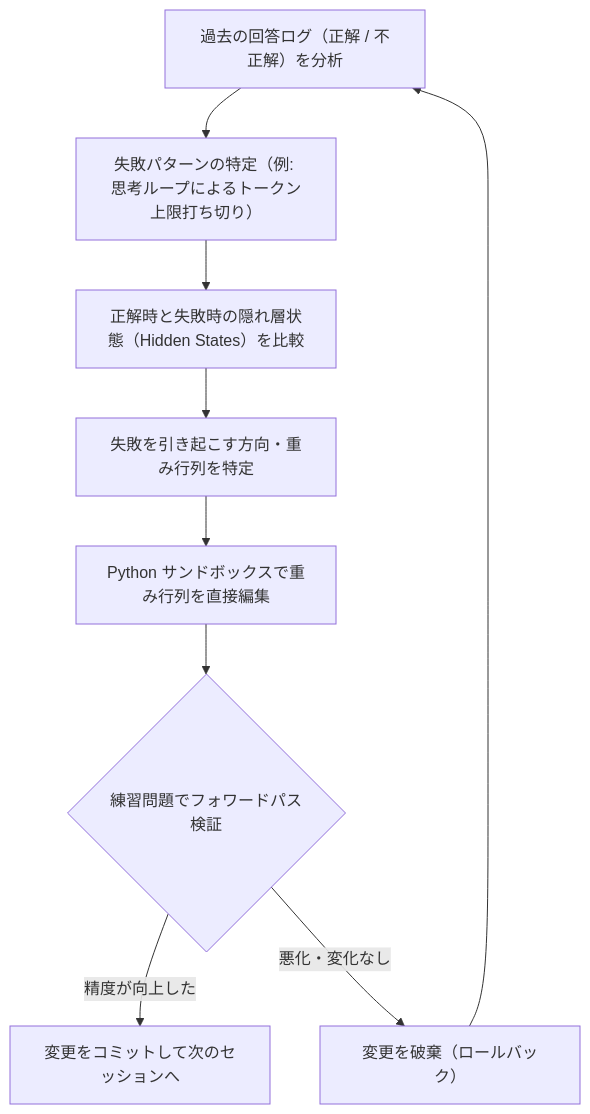
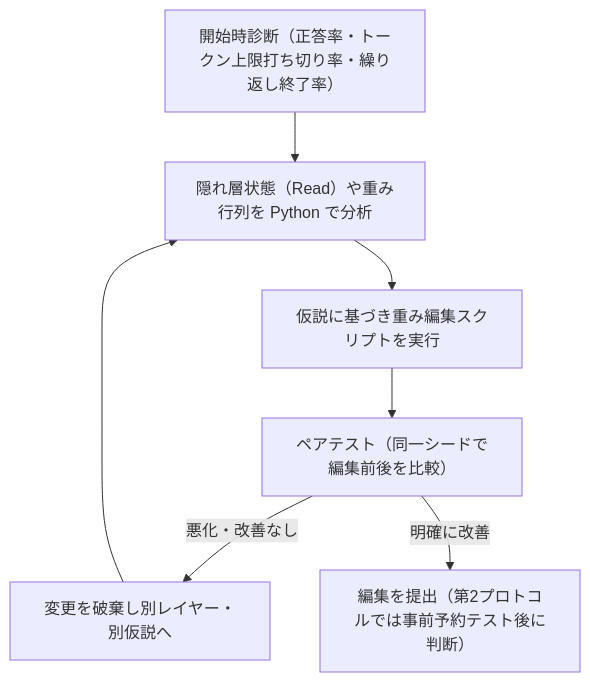
Before and after one commit to Naruto-Takahashi/zenn-blog: the first of 2 diagrams in articles/llm-self-rewriting-weights-arxiv-2611.md, drawn with Mermaid. The commit also changed other lines of this file, not shown here.

````diff
--- a/articles/llm-self-rewriting-weights-arxiv-2611.md
+++ b/articles/llm-self-rewriting-weights-arxiv-2611.md
@@ -40,11 +40,9 @@
 ```mermaid
 flowchart TD
-    A["過去の回答ログ（正解 / 不正解）を分析"] --> B["失敗パターンの特定（例: 思考ループによるトークン上限打ち切り）"]
-    B --> C["正解時と失敗時の隠れ層状態（Hidden States）を比較"]
-    C --> D["失敗を引き起こす方向・重み行列を特定"]
-    D --> E["Python サンドボックスで重み行列を直接編集"]
-    E --> F{"練習問題でフォワードパス検証"}
-    F -- "精度が向上した" --> G["変更をコミットして次のセッションへ"]
-    F -- "悪化・変化なし" --> H["変更を破棄（ロールバック）"]
-    H --> A
+    A["開始時診断（正答率・トークン上限打ち切り率・繰り返し終了率）"] --> B["隠れ層状態（Read）や重み行列を Python で分析"]
+    B --> C["仮説に基づき重み編集スクリプトを実行"]
+    C --> D["ペアテスト（同一シードで編集前後を比較）"]
+    D -- "悪化・改善なし" --> E["変更を破棄し別レイヤー・別仮説へ"]
+    E --> B
+    D -- "明確に改善" --> F["編集を提出（第2プロトコルでは事前予約テスト後に判断）"]
 ```
````
